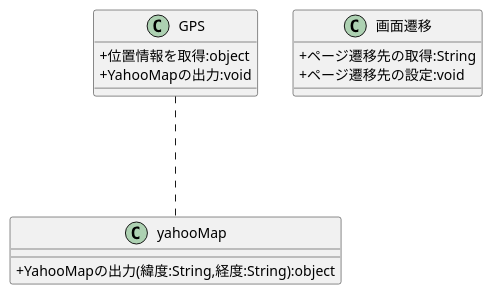
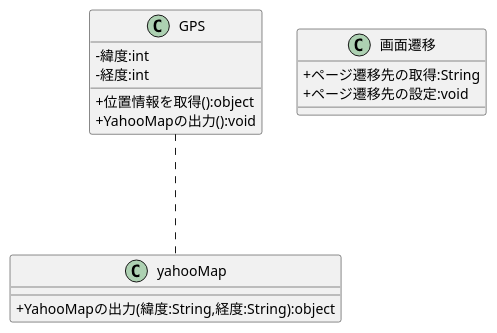
Before and after one commit to teamack20172020/sotukenTest: the diagram in 設計書/クラス図/済：ユーザー1： GPSで出発地を決める.pu, drawn with PlantUML. The commit also changed 1 other file, not shown here.

Commit message:
クラス図「GPSで出発地を決める」を作った

```diff
--- a/設計書/クラス図/済：ユーザー1： GPSで出発地を決める.pu
+++ b/設計書/クラス図/済：ユーザー1： GPSで出発地を決める.pu
@@ -1,21 +1,23 @@
 @startuml
 
 skinparam classAttributeIconSize 0
 
     class GPS{
-        + 位置情報を取得:object
-        + YahooMapの出力:void
+        - 緯度:int
+        - 経度:int
+        + 位置情報を取得():object
+        + YahooMapの出力():void
     }
 
     class yahooMap{
         + YahooMapの出力(緯度:String,経度:String):object
     }
     
     GPS .-- yahooMap
 
     class 画面遷移{
         + ページ遷移先の取得:String
         + ページ遷移先の設定:void
     }
     
 @enduml
```
